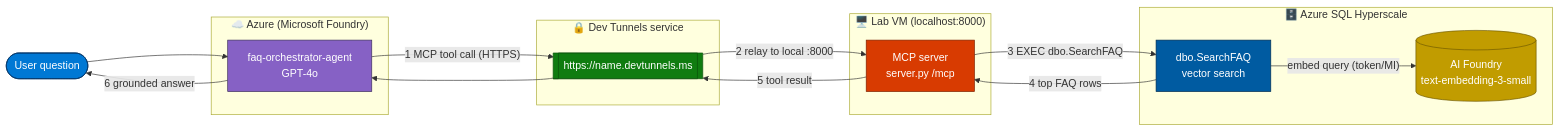
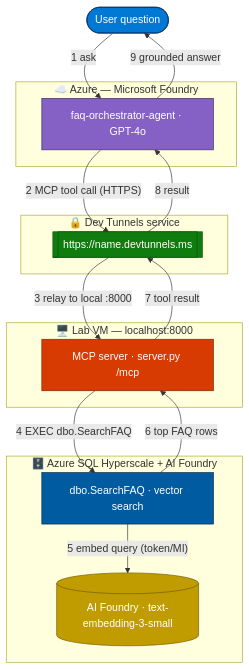
Before and after one commit to ibranibeny/envlab513: the second of 2 diagrams in README.md, drawn with Mermaid.

Commit message:
README: enlarge Exercise 4 flow diagram — switch LR to TB so nodes stack and render large

````diff
--- a/README.md
+++ b/README.md
@@ -384,37 +384,38 @@
 ```mermaid
-flowchart LR
-    User([User question]):::user --> Agent
+flowchart TB
+    User([User question]):::user
 
-    subgraph Cloud["☁️ Azure (Microsoft Foundry)"]
-        Agent[faq-orchestrator-agent<br/>GPT-4o]:::agent
+    subgraph Cloud["☁️ Azure — Microsoft Foundry"]
+        Agent["faq-orchestrator-agent · GPT-4o"]:::agent
     end
 
     subgraph Tunnel["🔒 Dev Tunnels service"]
-        DT[[https://name.devtunnels.ms]]:::tunnel
+        DT[["https://name.devtunnels.ms"]]:::tunnel
     end
 
-    subgraph VM["🖥️ Lab VM (localhost:8000)"]
-        MCP[MCP server<br/>server.py /mcp]:::mcp
+    subgraph VM["🖥️ Lab VM — localhost:8000"]
+        MCP["MCP server · server.py /mcp"]:::mcp
     end
 
-    subgraph DB["🗄️ Azure SQL Hyperscale"]
-        Proc[dbo.SearchFAQ<br/>vector search]:::sql
-        Foundry2[(AI Foundry<br/>text-embedding-3-small)]:::embed
+    subgraph DB["🗄️ Azure SQL Hyperscale + AI Foundry"]
+        Proc["dbo.SearchFAQ · vector search"]:::sql
+        Foundry2[("AI Foundry · text-embedding-3-small")]:::embed
     end
 
-    Agent -- "1 MCP tool call (HTTPS)" --> DT
-    DT -- "2 relay to local :8000" --> MCP
-    MCP -- "3 EXEC dbo.SearchFAQ" --> Proc
-    Proc -- "embed query (token/MI)" --> Foundry2
-    Proc -- "4 top FAQ rows" --> MCP
-    MCP -- "5 tool result" --> DT
-    DT --> Agent
-    Agent -- "6 grounded answer" --> User
+    User -- "1 ask" --> Agent
+    Agent -- "2 MCP tool call (HTTPS)" --> DT
+    DT -- "3 relay to local :8000" --> MCP
+    MCP -- "4 EXEC dbo.SearchFAQ" --> Proc
+    Proc -- "5 embed query (token/MI)" --> Foundry2
+    Proc -- "6 top FAQ rows" --> MCP
+    MCP -- "7 tool result" --> DT
+    DT -- "8 result" --> Agent
+    Agent -- "9 grounded answer" --> User
 
     classDef user fill:#0078D4,stroke:#003366,color:#fff;
     classDef agent fill:#8661C5,stroke:#3B2E58,color:#fff;
     classDef tunnel fill:#107C10,stroke:#0B520B,color:#fff;
     classDef mcp fill:#D83B01,stroke:#7A2200,color:#fff;
     classDef sql fill:#005BA1,stroke:#002B4D,color:#fff;
     classDef embed fill:#C19C00,stroke:#6E5900,color:#fff;
 ```
````
